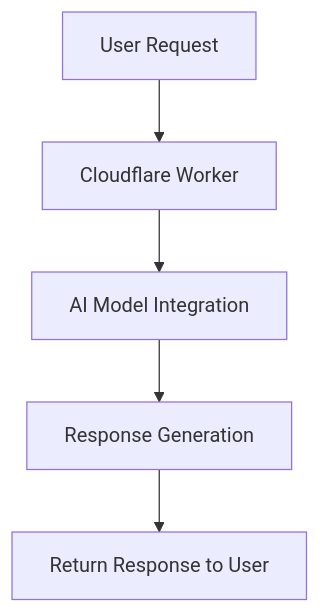
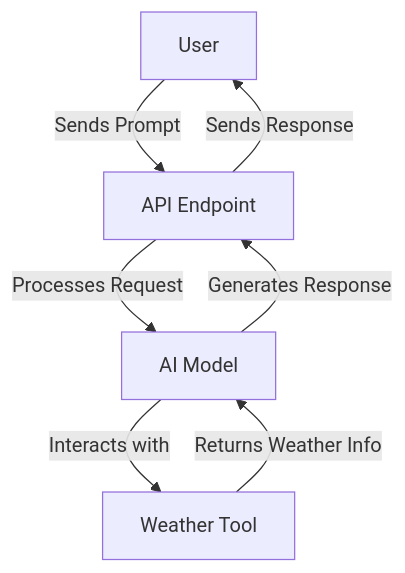
One commit to reeawnc/cloudflare changed the first of 2 diagrams in apps/tool-calling/README.md. Above: the diagram before and after it, drawn with Mermaid. The commit also changed other lines of this file and 18 other files, not shown here.

````diff
--- a/apps/tool-calling/README.md
+++ b/apps/tool-calling/README.md
@@ -78,7 +79,9 @@
 ```mermaid
 graph TD;
-    A[User Request] --> B[Cloudflare Worker];
-    B --> C[AI Model Integration];
-    C --> D[Response Generation];
-    D --> E[Return Response to User];
+    A[User] -->|Sends Prompt| B[API Endpoint]
+    B -->|Processes Request| C[AI Model]
+    C -->|Interacts with| D[Weather Tool]
+    D -->|Returns Weather Info| C
+    C -->|Generates Response| B
+    B -->|Sends Response| A
 ```
````
